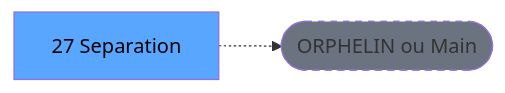
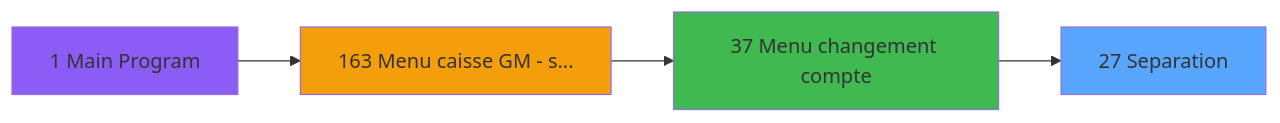
The third of 4 diagrams in .openspec/specs/ADH-IDE-27.md (thonyAGP/magic-migration), drawn with Mermaid before and after one commit. The commit also changed other lines of this file and 253 other files, not shown here.

````diff
--- a/.openspec/specs/ADH-IDE-27.md
+++ b/.openspec/specs/ADH-IDE-27.md
@@ -176,8 +4080,14 @@
 ```mermaid
 graph LR
-    T[27 Separation]
-    ORPHAN([ORPHELIN ou Main])
-    T -.-> ORPHAN
-    style T fill:#58a6ff,color:#000
-    style ORPHAN fill:#6b7280,stroke-dasharray: 5 5
+    T27[27 Separation]
+    style T27 fill:#58a6ff
+    CC1[1 Main Program]
+    style CC1 fill:#8b5cf6
+    CC163[163 Menu caisse GM - s...]
+    style CC163 fill:#f59e0b
+    CC37[37 Menu changement compte]
+    style CC37 fill:#3fb950
+    CC163 --> CC37
+    CC1 --> CC163
+    CC37 --> T27
 ```
````
